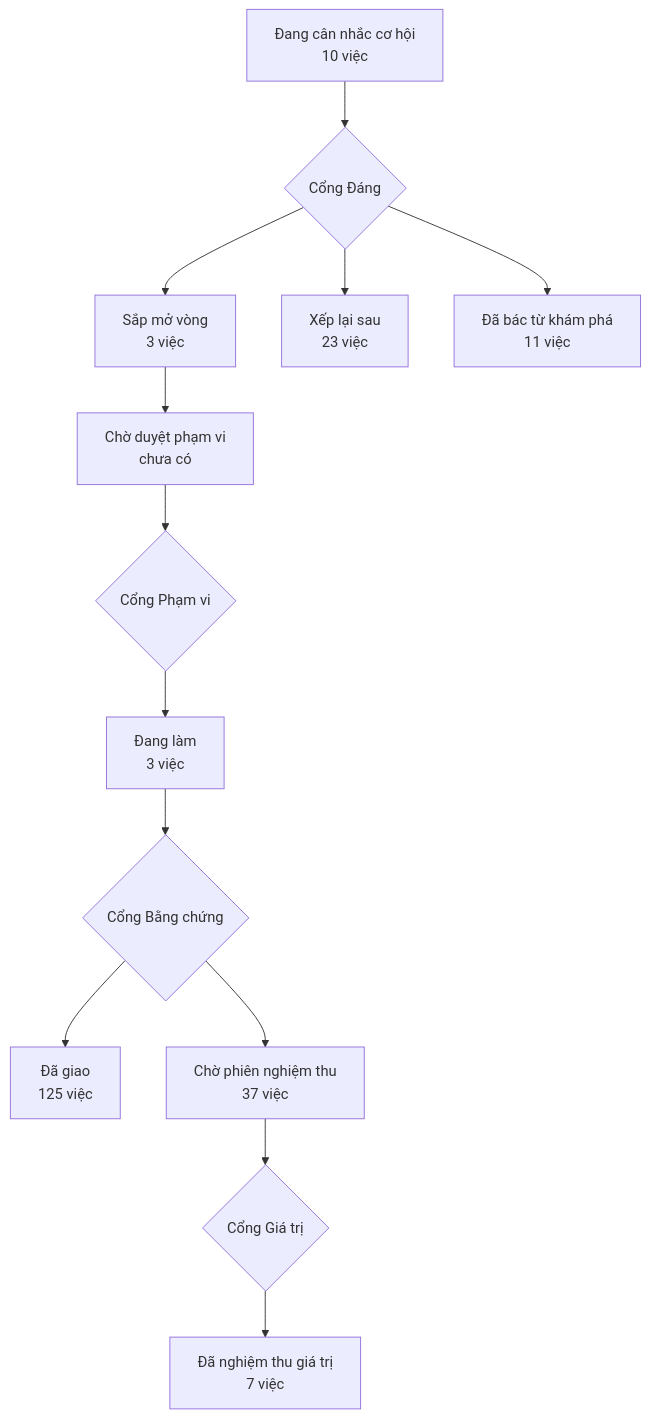
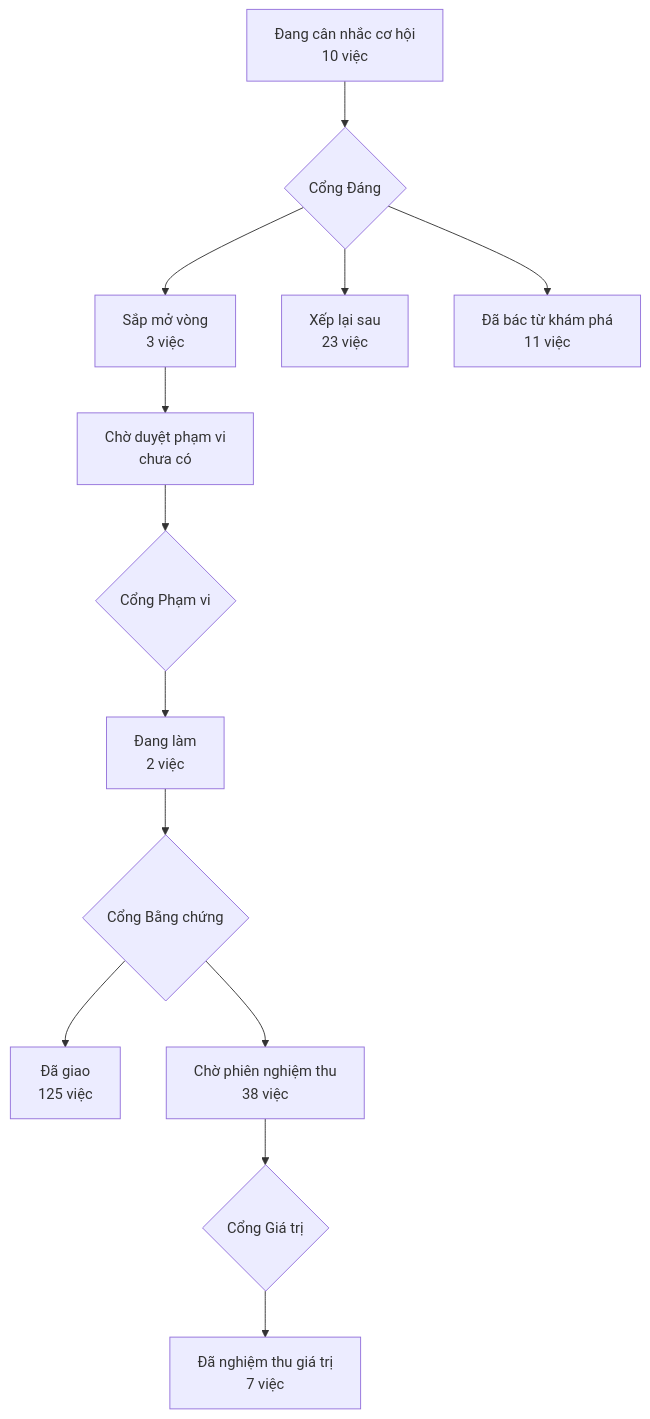
Before and after one commit to phanlemanh/acceptance-gate-kit: the diagram in PRODUCT-MAP.md, drawn with Mermaid. The commit also changed 5 other files, not shown here.

````diff
--- a/PRODUCT-MAP.md
+++ b/PRODUCT-MAP.md
@@ -7,12 +7,12 @@
 ```mermaid
 flowchart TD
   A["Đang cân nhắc cơ hội<br/>10 việc"] --> GD{"Cổng Đáng"}
   GD --> B["Sắp mở vòng<br/>3 việc"]
   GD --> XL["Xếp lại sau<br/>23 việc"]
   GD --> DB["Đã bác từ khám phá<br/>11 việc"]
   B --> CD["Chờ duyệt phạm vi<br/>chưa có"] --> GP{"Cổng Phạm vi"}
-  GP --> DL["Đang làm<br/>3 việc"] --> GB{"Cổng Bằng chứng"}
+  GP --> DL["Đang làm<br/>2 việc"] --> GB{"Cổng Bằng chứng"}
   GB --> DG["Đã giao<br/>125 việc"]
-  GB --> CN["Chờ phiên nghiệm thu<br/>37 việc"] --> GG{"Cổng Giá trị"}
+  GB --> CN["Chờ phiên nghiệm thu<br/>38 việc"] --> GG{"Cổng Giá trị"}
   GG --> NT["Đã nghiệm thu giá trị<br/>7 việc"]
 ```
````
